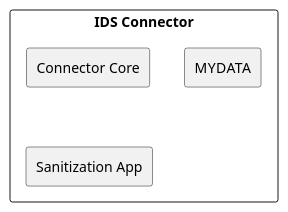
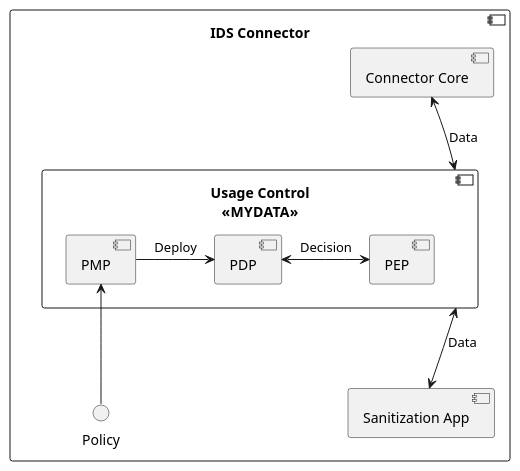
Before and after one commit to Navidda/master-thesis: the diagram in uml/connector.puml, drawn with PlantUML. The commit also changed 8 other files, not shown here.

```diff
--- a/uml/connector.puml
+++ b/uml/connector.puml
@@ -1,10 +1,22 @@
 @startuml connector
-skinparam componentStyle rectangle
+' skinparam componentStyle rectangle
 
 component "IDS Connector" as C {
-    [Connector Core]
-    [MYDATA]
-    [Sanitization App]
+    [Connector Core] as Core
+    component "Usage Control\n<<MYDATA>>" as UC {
+        [PMP]
+        [PDP]
+        [PEP]
+        PMP -> PDP: Deploy
+        PDP <-> PEP: Decision
+    }
+    () "Policy" as PMP_INT
+    [Sanitization App] as SAP
+
+
+    UC <--> SAP: Data
+    PMP_INT -up-> PMP
+    Core <-down-> UC: Data
 }
 
 @enduml
```
